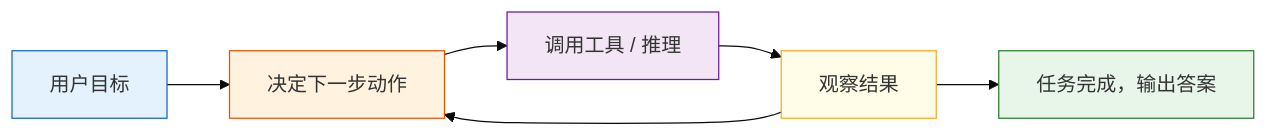
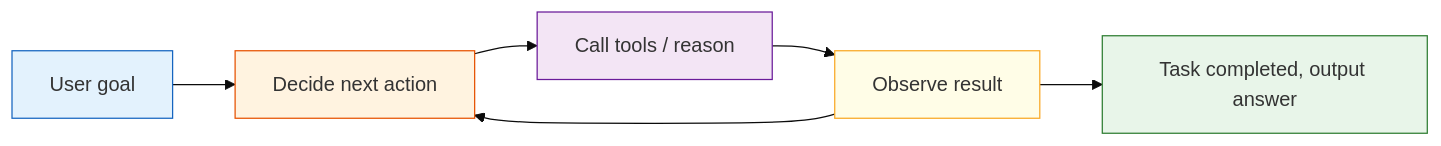
The third of 3 diagrams in docs/ch09-agent/ch01-agent-basics/01-what-is-agent.md (oudbiao/AI-fullstack-course), drawn with Mermaid (base theme) before and after one commit. The commit also changed other lines of this file and 1406 other files, not shown here.

````diff
--- a/docs/ch09-agent/ch01-agent-basics/01-what-is-agent.md
+++ b/docs/ch09-agent/ch01-agent-basics/01-what-is-agent.md
@@ -397,14 +397,14 @@
 ```mermaid
 flowchart LR
-    A["用户目标"] --> B["决定下一步动作"]
-    B --> C["调用工具 / 推理"]
-    C --> D["观察结果"]
+    A["User goal"] --> B["Decide next action"]
+    B --> C["Call tools / reason"]
+    C --> D["Observe result"]
     D --> B
-    D --> E["任务完成，输出答案"]
+    D --> E["Task completed, output answer"]
 
     style A fill:#e3f2fd,stroke:#1565c0,color:#333
     style B fill:#fff3e0,stroke:#e65100,color:#333
     style C fill:#f3e5f5,stroke:#6a1b9a,color:#333
     style D fill:#fffde7,stroke:#f9a825,color:#333
     style E fill:#e8f5e9,stroke:#2e7d32,color:#333
 ```
````
